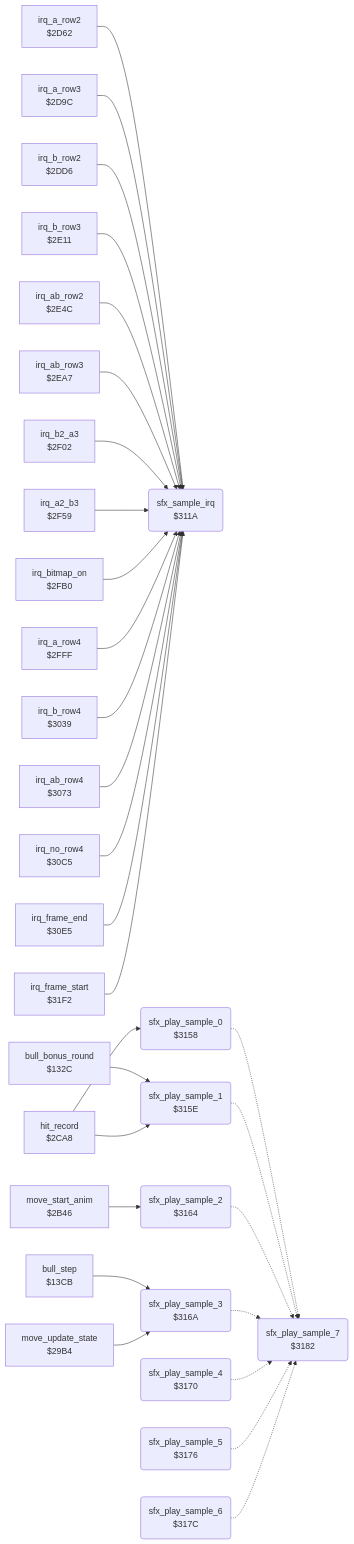
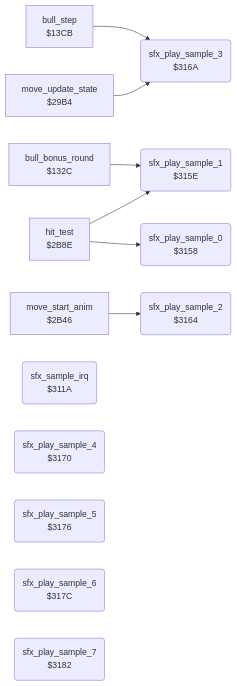
One commit to henols/c64_games changed the diagram in exploding_fist/v2/docs/reference/modules/sfx/sfx_sample_player.md. Above: the diagram before and after it, drawn with Mermaid. The commit also changed other lines of this file and 319 other files, not shown here.

````diff
--- a/exploding_fist/v2/docs/reference/modules/sfx/sfx_sample_player.md
+++ b/exploding_fist/v2/docs/reference/modules/sfx/sfx_sample_player.md
@@ -10,60 +24,23 @@
 ```mermaid
 flowchart LR
   n132c["bull_bonus_round<br/>$132C"]
   n13cb["bull_step<br/>$13CB"]
   n29b4["move_update_state<br/>$29B4"]
   n2b46["move_start_anim<br/>$2B46"]
-  n2ca8["hit_record<br/>$2CA8"]
-  n2d62["irq_a_row2<br/>$2D62"]
-  n2d9c["irq_a_row3<br/>$2D9C"]
-  n2dd6["irq_b_row2<br/>$2DD6"]
-  n2e11["irq_b_row3<br/>$2E11"]
-  n2e4c["irq_ab_row2<br/>$2E4C"]
-  n2ea7["irq_ab_row3<br/>$2EA7"]
-  n2f02["irq_b2_a3<br/>$2F02"]
-  n2f59["irq_a2_b3<br/>$2F59"]
-  n2fb0["irq_bitmap_on<br/>$2FB0"]
-  n2fff["irq_a_row4<br/>$2FFF"]
-  n3039["irq_b_row4<br/>$3039"]
-  n3073["irq_ab_row4<br/>$3073"]
-  n30c5["irq_no_row4<br/>$30C5"]
-  n30e5["irq_frame_end<br/>$30E5"]
+  n2b8e["hit_test<br/>$2B8E"]
   n311a("sfx_sample_irq<br/>$311A")
   n3158("sfx_play_sample_0<br/>$3158")
   n315e("sfx_play_sample_1<br/>$315E")
   n3164("sfx_play_sample_2<br/>$3164")
   n316a("sfx_play_sample_3<br/>$316A")
   n3170("sfx_play_sample_4<br/>$3170")
   n3176("sfx_play_sample_5<br/>$3176")
   n317c("sfx_play_sample_6<br/>$317C")
   n3182("sfx_play_sample_7<br/>$3182")
-  n31f2["irq_frame_start<br/>$31F2"]
   n132c --> n315e
   n13cb --> n316a
   n29b4 --> n316a
   n2b46 --> n3164
-  n2ca8 --> n3158
-  n2ca8 --> n315e
-  n2d62 --> n311a
-  n2d9c --> n311a
-  n2dd6 --> n311a
-  n2e11 --> n311a
-  n2e4c --> n311a
-  n2ea7 --> n311a
-  n2f02 --> n311a
-  n2f59 --> n311a
-  n2fb0 --> n311a
-  n2fff --> n311a
-  n3039 --> n311a
-  n3073 --> n311a
-  n30c5 --> n311a
-  n30e5 --> n311a
-  n3158 -.-> n3182
-  n315e -.-> n3182
-  n3164 -.-> n3182
-  n316a -.-> n3182
-  n3170 -.-> n3182
-  n3176 -.-> n3182
-  n317c -.-> n3182
-  n31f2 --> n311a
+  n2b8e --> n3158
+  n2b8e --> n315e
 ```
````
